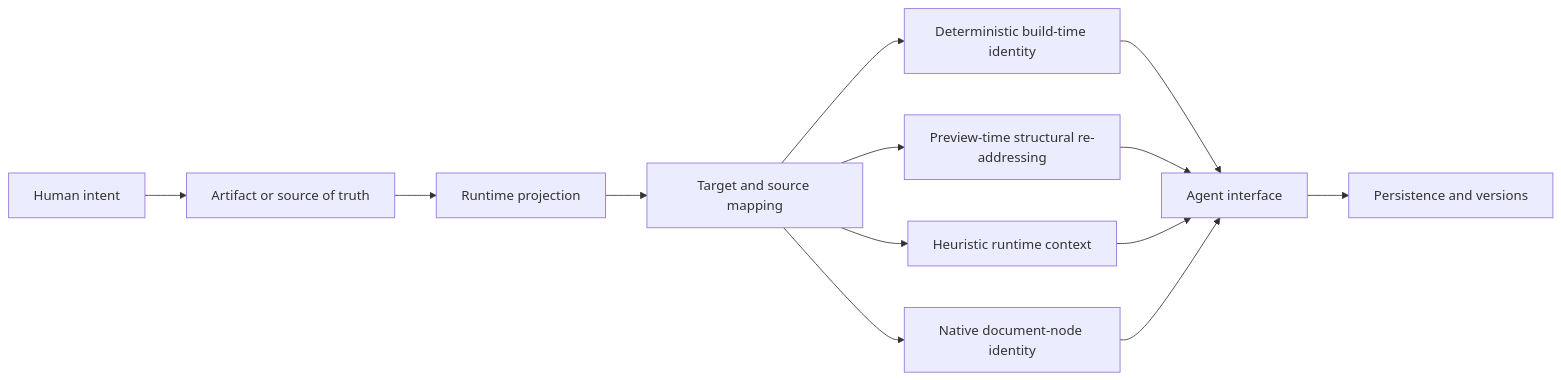
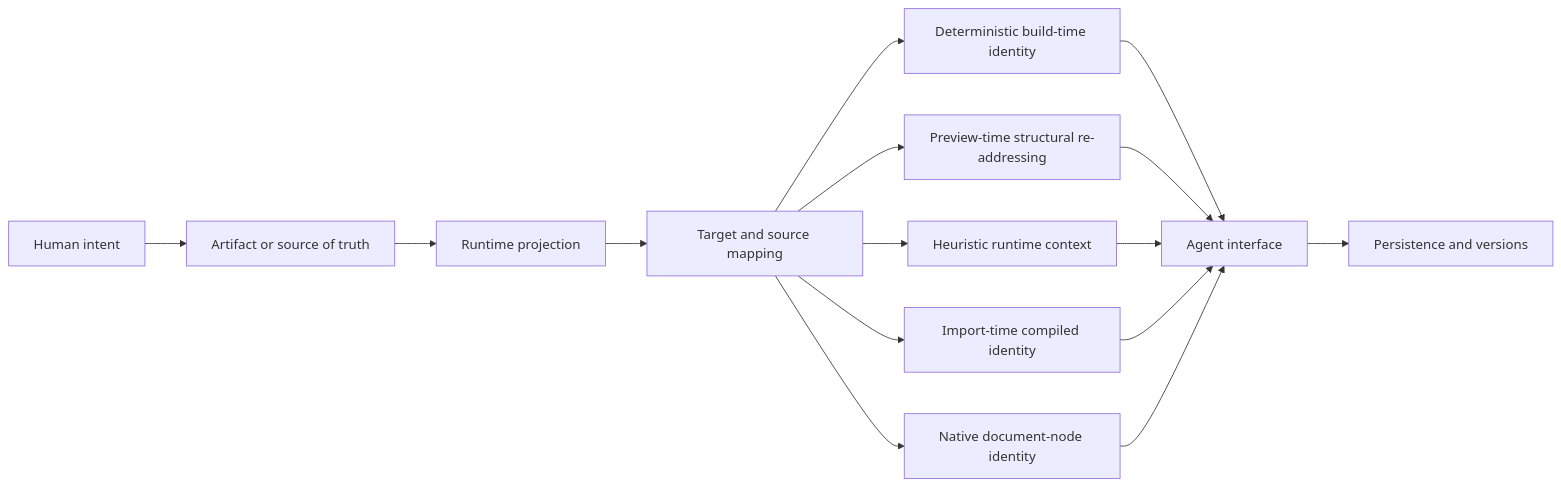
One commit to cc1024201/ai-native-design-landscape changed the second of 2 diagrams in README.md. Above: the diagram before and after it, drawn with Mermaid. The commit also changed other lines of this file and 1 other file, not shown here.

````diff
--- a/README.md
+++ b/README.md
@@ -128,15 +129,17 @@
 ```mermaid
 flowchart LR
     I[Human intent] --> A[Artifact or source of truth]
     A --> R[Runtime projection]
     R --> M[Target and source mapping]
     M --> D[Deterministic build-time identity]
     M --> S[Preview-time structural re-addressing]
     M --> H[Heuristic runtime context]
+    M --> C[Import-time compiled identity]
     M --> N[Native document-node identity]
     D --> X[Agent interface]
     S --> X
     H --> X
+    C --> X
     N --> X
     X --> P[Persistence and versions]
 ```
````
